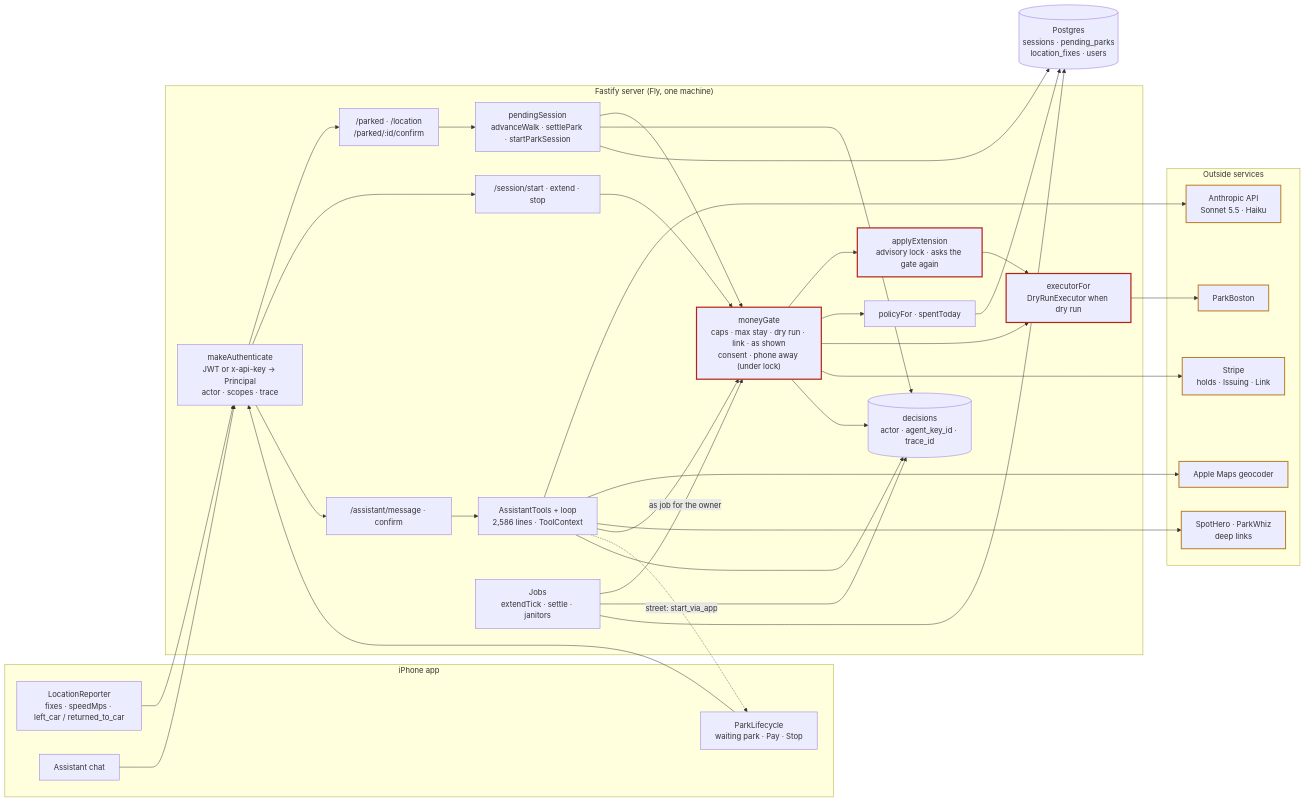
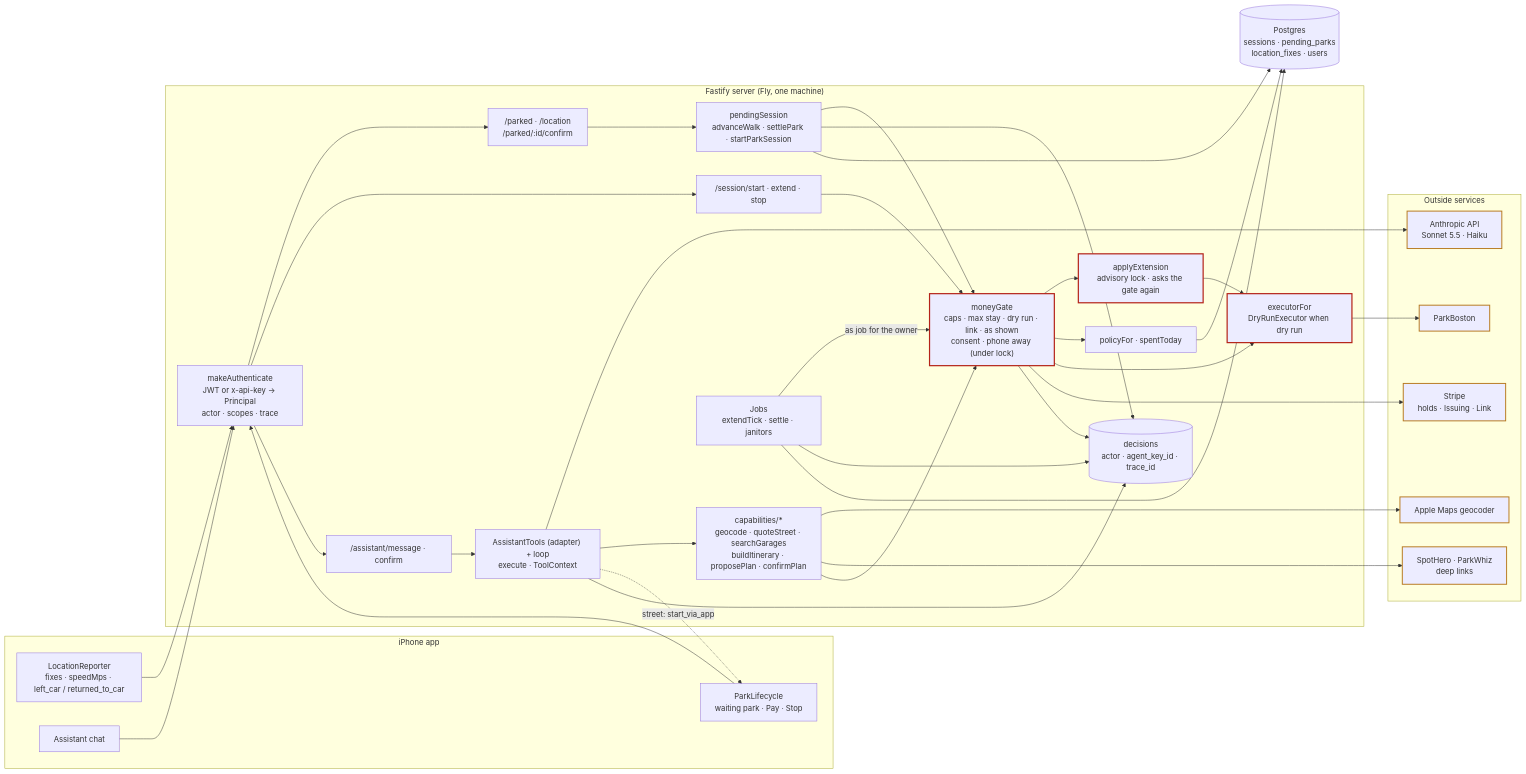
The first of 4 diagrams in docs/architecture.md (thomasbardhi01/parkagent), drawn with Mermaid before and after one commit. The commit also changed other lines of this file and 17 other files, not shown here.

Commit message:
Assistant capabilities: six (deps, principal, input) functions; AssistantTools becomes the adapter (WS-4 PR 1b) (#250)

````diff
--- a/docs/architecture.md
+++ b/docs/architecture.md
@@ -10,58 +10,61 @@
 ```mermaid
 flowchart LR
   subgraph Phone["iPhone app"]
     LR["LocationReporter<br/>fixes · speedMps · left_car / returned_to_car"]
     PL["ParkLifecycle<br/>waiting park · Pay · Stop"]
     AV["Assistant chat"]
   end
 
   subgraph API["Fastify server (Fly, one machine)"]
     AUTH["makeAuthenticate<br/>JWT or x-api-key → Principal<br/>actor · scopes · trace"]
     R1["/parked · /location<br/>/parked/:id/confirm"]
     R2["/session/start · extend · stop"]
     R3["/assistant/message · confirm"]
     PS["pendingSession<br/>advanceWalk · settlePark · startParkSession"]
     GATE["moneyGate<br/>caps · max stay · dry run · link · as shown<br/>consent · phone away (under lock)"]
     EXT["applyExtension<br/>advisory lock · asks the gate again"]
-    AT["AssistantTools + loop<br/>2,586 lines · ToolContext"]
+    AT["AssistantTools (adapter) + loop<br/>execute · ToolContext"]
+    CAP["capabilities/*<br/>geocode · quoteStreet · searchGarages<br/>buildItinerary · proposePlan · confirmPlan"]
     POL["policyFor · spentToday"]
     EX["executorFor<br/>DryRunExecutor when dry run"]
     JOBS["Jobs<br/>extendTick · settle · janitors"]
     DEC[("decisions<br/>actor · agent_key_id · trace_id")]
   end
 
   subgraph Out["Outside services"]
     PB["ParkBoston"]
     SH["SpotHero · ParkWhiz<br/>deep links"]
     ST["Stripe<br/>holds · Issuing · Link"]
     AN["Anthropic API<br/>Sonnet 5.5 · Haiku"]
     AM["Apple Maps geocoder"]
   end
 
   DB[("Postgres<br/>sessions · pending_parks<br/>location_fixes · users")]
 
   LR --> AUTH
   PL --> AUTH
   AV --> AUTH
   AUTH --> R1 & R2 & R3
   R1 --> PS
   PS --> GATE
   R2 --> GATE
   R3 --> AT
-  AT --> AN & AM & SH
-  AT --> GATE
+  AT --> AN
+  AT --> CAP
+  CAP --> AM & SH
+  CAP --> GATE
   AT -. "street: start_via_app" .-> PL
   JOBS -- "as job for the owner" --> GATE
   GATE --> EXT
   GATE --> POL
   GATE & EXT --> EX
   EX --> PB
   GATE --> ST
   PS & GATE & AT & JOBS --> DEC
   PS & POL & JOBS --> DB
 
   classDef money stroke:#b42318,stroke-width:2.5px
   classDef ext stroke:#b7791f,stroke-width:2px
   class GATE,EXT,EX money
   class PB,SH,ST,AN,AM ext
 ```
````
